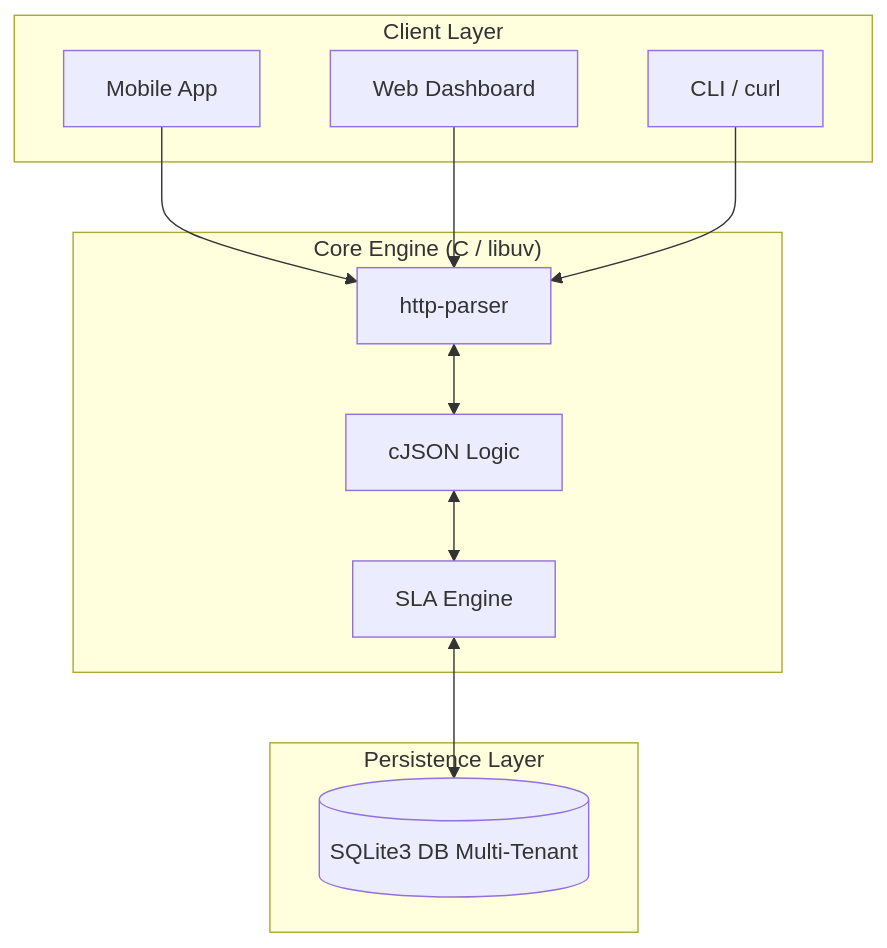
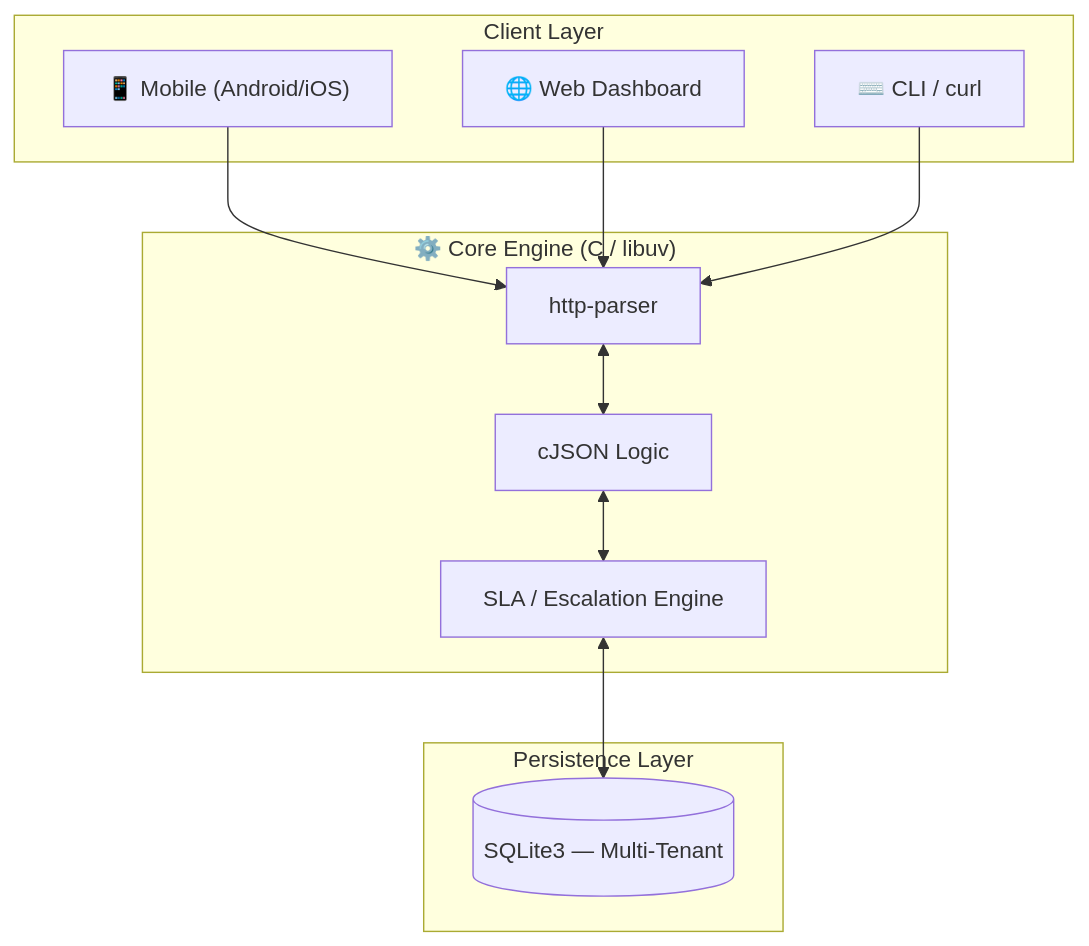
One commit to Raphasha27/SupportHive-C changed the diagram in README.md. Above: the diagram before and after it, drawn with Mermaid. The commit also changed other lines of this file and 1 other file, not shown here.

Commit message:
chore: kill billing-noise CI workflow; refactor README to match EventHive-C dashboard

````diff
--- a/README.md
+++ b/README.md
@@ -12,25 +24,25 @@
 ```mermaid
 graph TD
     subgraph Client Layer
-        Mobile["Mobile App"]
-        Web["Web Dashboard"]
-        CLI["CLI / curl"]
+        Mobile["📱 Mobile (Android/iOS)"]
+        Web["🌐 Web Dashboard"]
+        CLI["⌨️ CLI / curl"]
     end
 
-    subgraph Core Engine ["Core Engine (C / libuv)"]
+    subgraph Core Engine ["⚙️ Core Engine (C / libuv)"]
         Parser["http-parser"]
         JSON["cJSON Logic"]
-        SLA["SLA Engine"]
+        SLA["SLA / Escalation Engine"]
     end
 
     subgraph Persistence Layer
-        DB[("SQLite3 DB Multi-Tenant")]
+        DB[("SQLite3 — Multi-Tenant")]
     end
 
     Mobile --> Parser
     Web --> Parser
     CLI --> Parser
     Parser <--> JSON
     JSON <--> SLA
     SLA <--> DB
 ```
````
